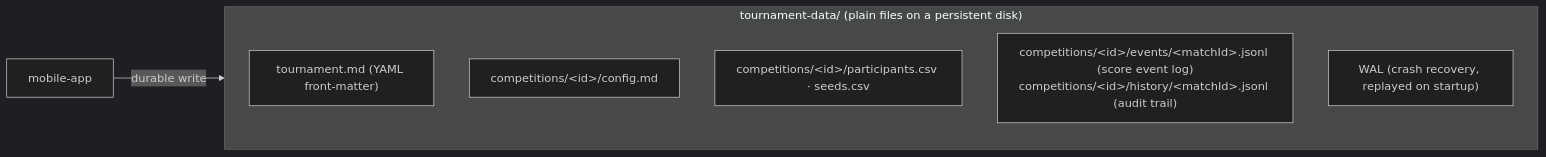
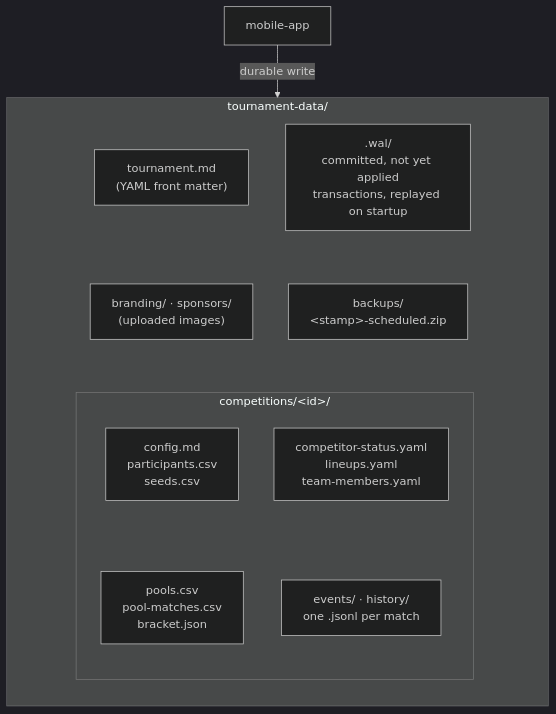
One commit to gitrgoliveira/bracket-creator changed the ninth of 11 diagrams in docs/architecture/infrastructure-architecture.md. Above: the diagram before and after it, drawn with Mermaid (dark theme). The commit also changed other lines of this file and 49 other files, not shown here.

First line of the commit message:
fix(bc-arch): one transaction for participant edits; WAL stale-log guard; architecture docs

````diff
--- a/docs/architecture/infrastructure-architecture.md
+++ b/docs/architecture/infrastructure-architecture.md
@@ -193,11 +278,24 @@
 ```mermaid
-flowchart LR
+flowchart TB
     app["mobile-app"] -->|durable write| files
-    subgraph files["tournament-data/ (plain files on a persistent disk)"]
-        t["tournament.md (YAML front-matter)"]
-        c["competitions/&lt;id&gt;/config.md"]
-        p["competitions/&lt;id&gt;/participants.csv · seeds.csv"]
-        e["competitions/&lt;id&gt;/events/&lt;matchId&gt;.jsonl (score event log)<br/>competitions/&lt;id&gt;/history/&lt;matchId&gt;.jsonl (audit trail)"]
-        wal["WAL (crash recovery, replayed on startup)"]
+    subgraph files["tournament-data/"]
+        direction TB
+        t["tournament.md<br/>(YAML front matter)"]
+        wal[".wal/<br/>committed, not yet applied<br/>transactions, replayed on startup"]
+        media["branding/ · sponsors/<br/>(uploaded images)"]
+        bk["backups/<br/>&lt;stamp&gt;-scheduled.zip"]
+        subgraph comp["competitions/&lt;id&gt;/"]
+            direction TB
+            cfg["config.md<br/>participants.csv<br/>seeds.csv"]
+            draw["pools.csv<br/>pool-matches.csv<br/>bracket.json"]
+            more["competitor-status.yaml<br/>lineups.yaml<br/>team-members.yaml"]
+            logs["events/ · history/<br/>one .jsonl per match"]
+        end
     end
+    t ~~~ media
+    wal ~~~ bk
+    media ~~~ comp
+    bk ~~~ comp
+    cfg ~~~ draw
+    more ~~~ logs
 ```
````
